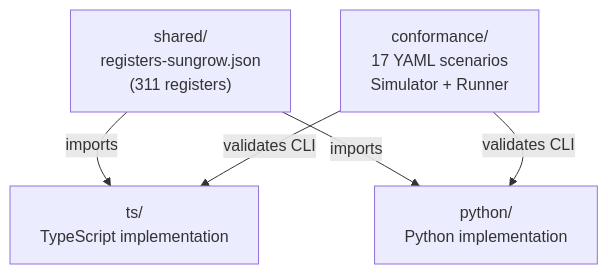
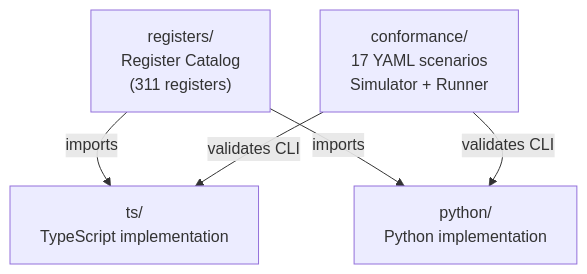
Before and after one commit to AlexanderLanin/sungrowlib: the first of 12 diagrams in ARCHITECTURE.md, drawn with Mermaid. The commit also changed other lines of this file and 5 other files, not shown here.

First line of the commit message:
docs: elevate register catalog as standalone product

````diff
--- a/ARCHITECTURE.md
+++ b/ARCHITECTURE.md
@@ -5,12 +5,12 @@
 ```mermaid
 graph TD
-    shared["shared/<br/>registers-sungrow.json<br/>(311 registers)"]
+    shared["registers/<br/>Register Catalog<br/>(311 registers)"]
     conformance["conformance/<br/>17 YAML scenarios<br/>Simulator + Runner"]
     ts["ts/<br/>TypeScript implementation"]
     py["python/<br/>Python implementation"]
 
     shared -->|imports| ts
     shared -->|imports| py
     conformance -->|validates CLI| ts
     conformance -->|validates CLI| py
 ```
````
